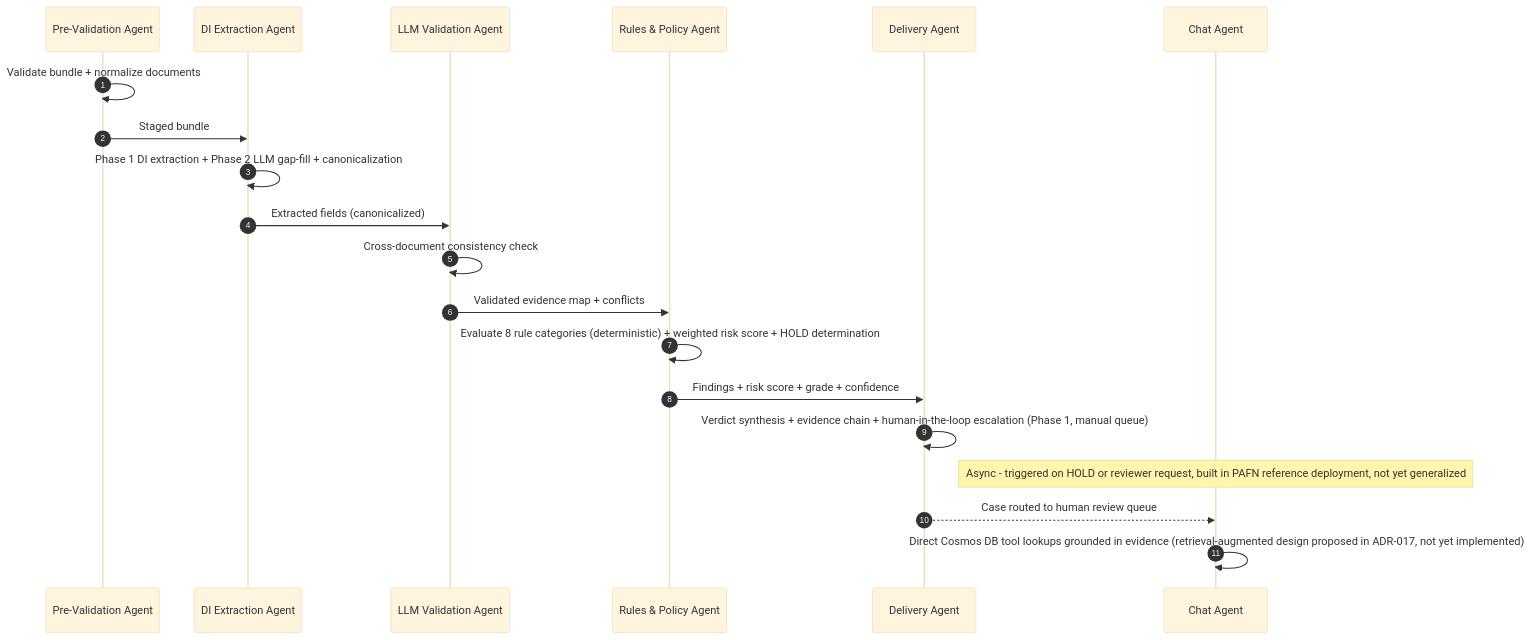
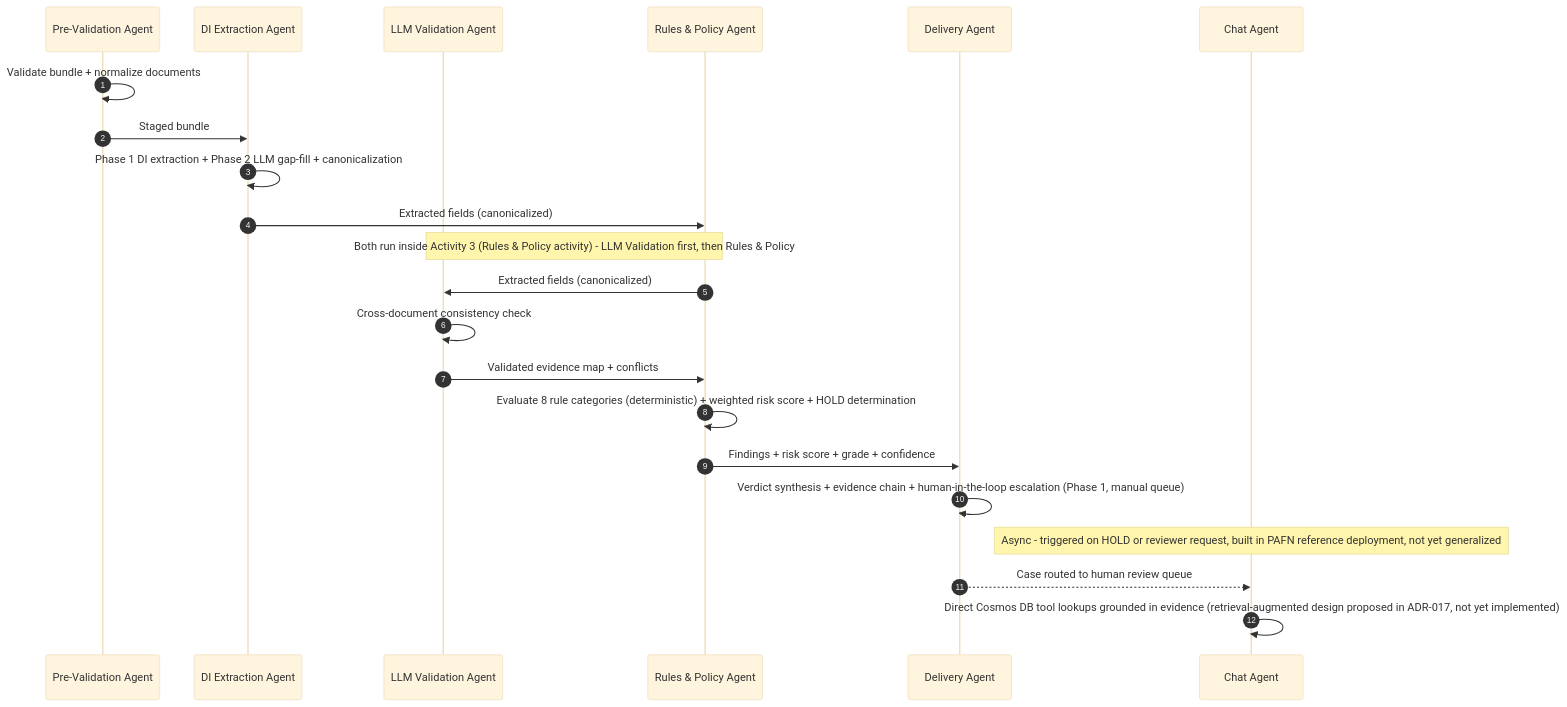
The second of 2 diagrams in docs/architecture/TechnicalArchitecture.md (microsoft/ai-regulatory-inspection-accelerator), drawn with Mermaid (base theme) before and after one commit. The commit also changed other lines of this file and 4 other files, not shown here.

First line of the commit message:
docs: align architecture docs with the real 4-activity pipeline

````diff
--- a/docs/architecture/TechnicalArchitecture.md
+++ b/docs/architecture/TechnicalArchitecture.md
@@ -226,23 +225,25 @@
 ```mermaid
 sequenceDiagram
     autonumber
     participant INT as Pre-Validation Agent
     participant EXT as DI Extraction Agent
     participant VAL as LLM Validation Agent
     participant POL as Rules & Policy Agent
     participant REC as Delivery Agent
     participant REV as Chat Agent
 
     INT->>INT: Validate bundle + normalize documents
     INT->>EXT: Staged bundle
     EXT->>EXT: Phase 1 DI extraction + Phase 2 LLM gap-fill + canonicalization
-    EXT->>VAL: Extracted fields (canonicalized)
+    EXT->>POL: Extracted fields (canonicalized)
+    Note over VAL,POL: Both run inside Activity 3 (Rules & Policy activity) - LLM Validation first, then Rules & Policy
+    POL->>VAL: Extracted fields (canonicalized)
     VAL->>VAL: Cross-document consistency check
     VAL->>POL: Validated evidence map + conflicts
     POL->>POL: Evaluate 8 rule categories (deterministic) + weighted risk score + HOLD determination
     POL->>REC: Findings + risk score + grade + confidence
     REC->>REC: Verdict synthesis + evidence chain + human-in-the-loop escalation (Phase 1, manual queue)
     Note over REV: Async - triggered on HOLD or reviewer request, built in PAFN reference deployment, not yet generalized
     REC-->>REV: Case routed to human review queue
     REV->>REV: Direct Cosmos DB tool lookups grounded in evidence (retrieval-augmented design proposed in ADR-017, not yet implemented)
 ```
````
